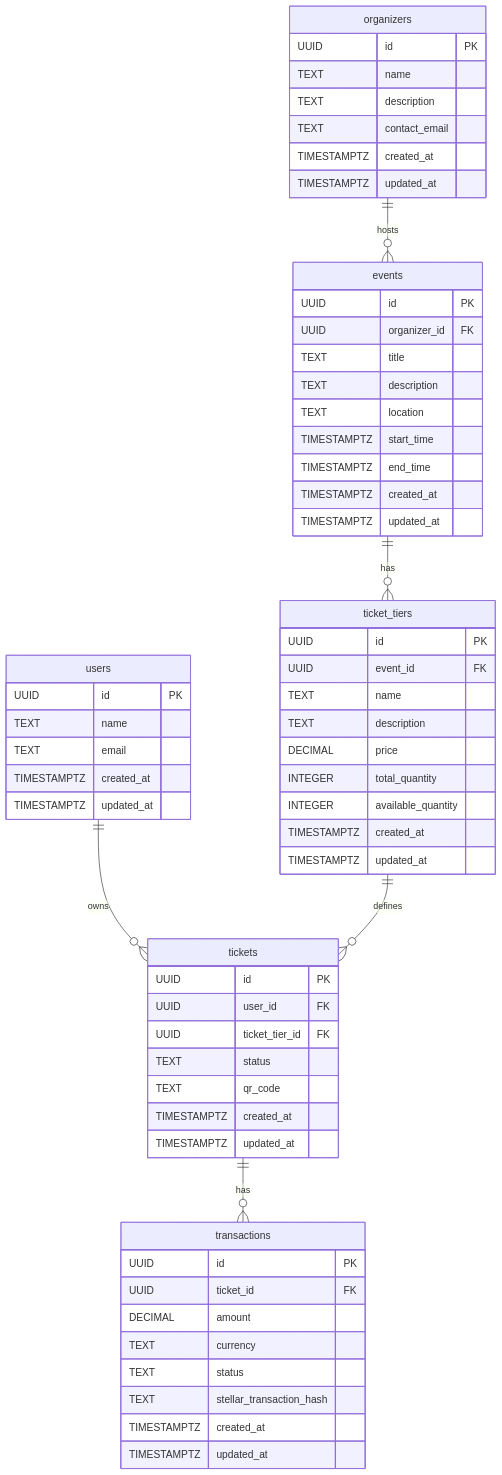
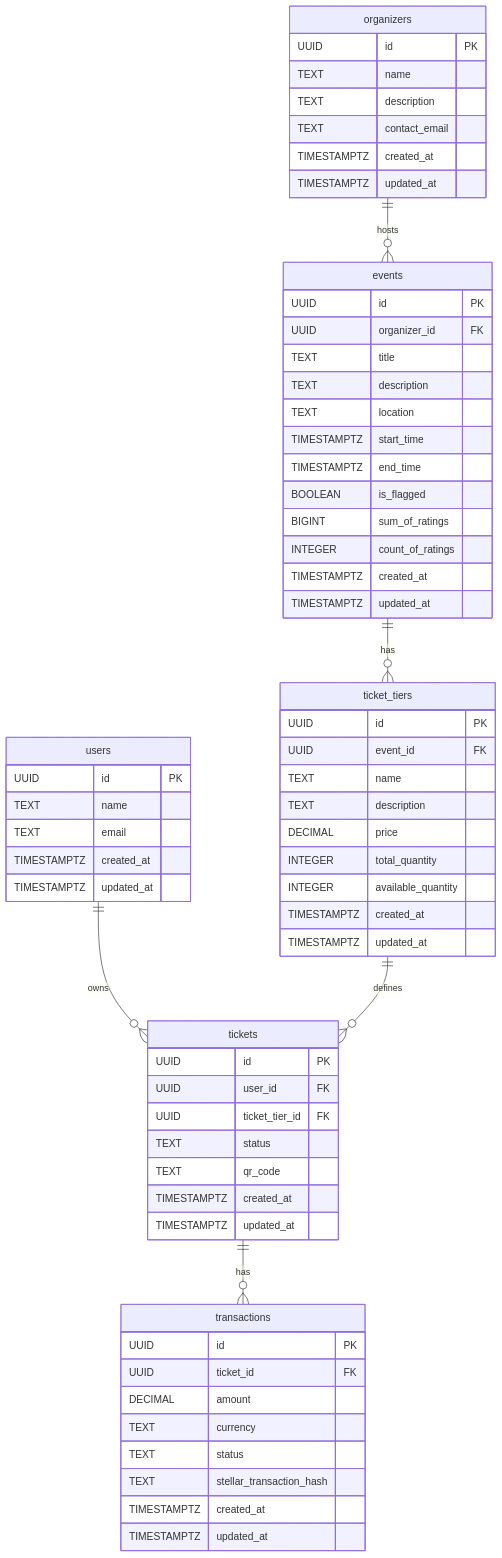
The diagram in docs/DATABASE_SCHEMA.md (Agora-Events/agora), drawn with Mermaid before and after one commit. The commit also changed other lines of this file and 4 other files, not shown here.

````diff
--- a/docs/DATABASE_SCHEMA.md
+++ b/docs/DATABASE_SCHEMA.md
@@ -7,70 +7,73 @@
 ```mermaid
 erDiagram
     users {
         UUID id PK
         TEXT name
         TEXT email
         TIMESTAMPTZ created_at
         TIMESTAMPTZ updated_at
     }
 
     organizers {
         UUID id PK
         TEXT name
         TEXT description
         TEXT contact_email
         TIMESTAMPTZ created_at
         TIMESTAMPTZ updated_at
     }
 
     events {
         UUID id PK
         UUID organizer_id FK
         TEXT title
         TEXT description
         TEXT location
         TIMESTAMPTZ start_time
         TIMESTAMPTZ end_time
+        BOOLEAN is_flagged
+        BIGINT sum_of_ratings
+        INTEGER count_of_ratings
         TIMESTAMPTZ created_at
         TIMESTAMPTZ updated_at
     }
 
     ticket_tiers {
         UUID id PK
         UUID event_id FK
         TEXT name
         TEXT description
         DECIMAL price
         INTEGER total_quantity
         INTEGER available_quantity
         TIMESTAMPTZ created_at
         TIMESTAMPTZ updated_at
     }
 
     tickets {
         UUID id PK
         UUID user_id FK
         UUID ticket_tier_id FK
         TEXT status
         TEXT qr_code
         TIMESTAMPTZ created_at
         TIMESTAMPTZ updated_at
     }
 
     transactions {
         UUID id PK
         UUID ticket_id FK
         DECIMAL amount
         TEXT currency
         TEXT status
         TEXT stellar_transaction_hash
         TIMESTAMPTZ created_at
         TIMESTAMPTZ updated_at
     }
 
     organizers ||--o{ events : "hosts"
     events ||--o{ ticket_tiers : "has"
     users ||--o{ tickets : "owns"
     ticket_tiers ||--o{ tickets : "defines"
     tickets ||--o{ transactions : "has"
 ```
````
